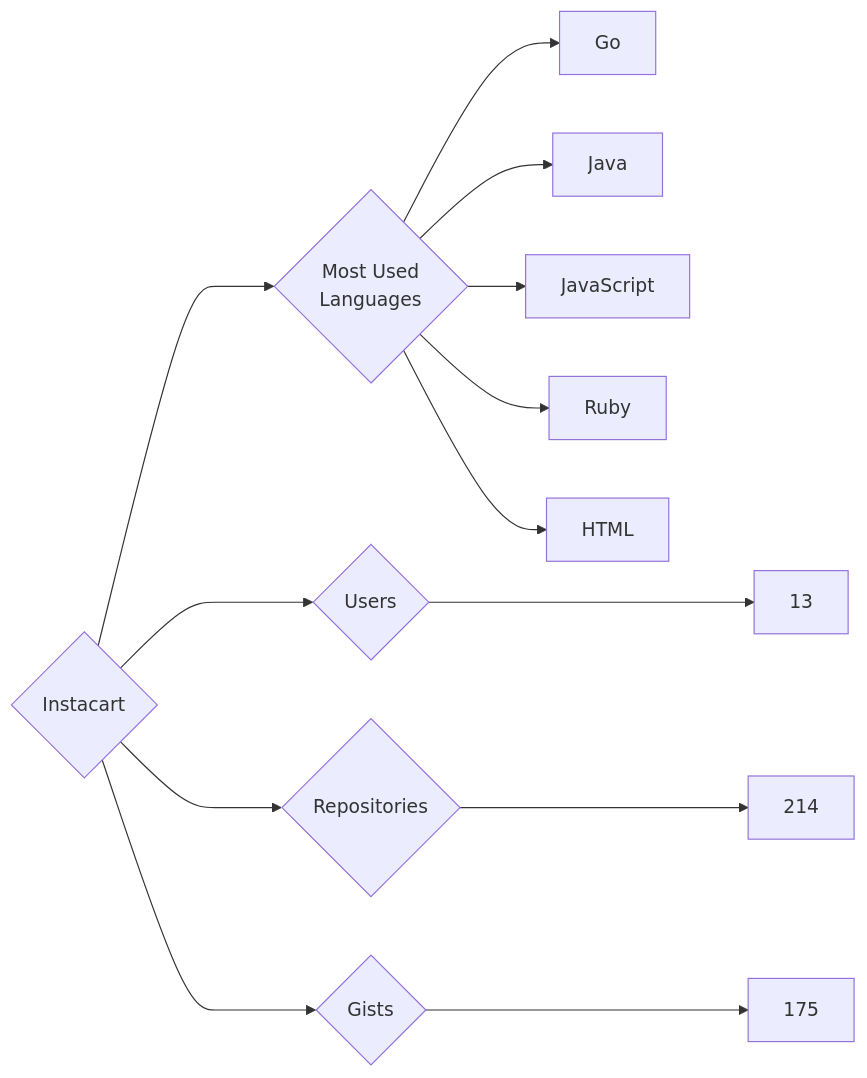
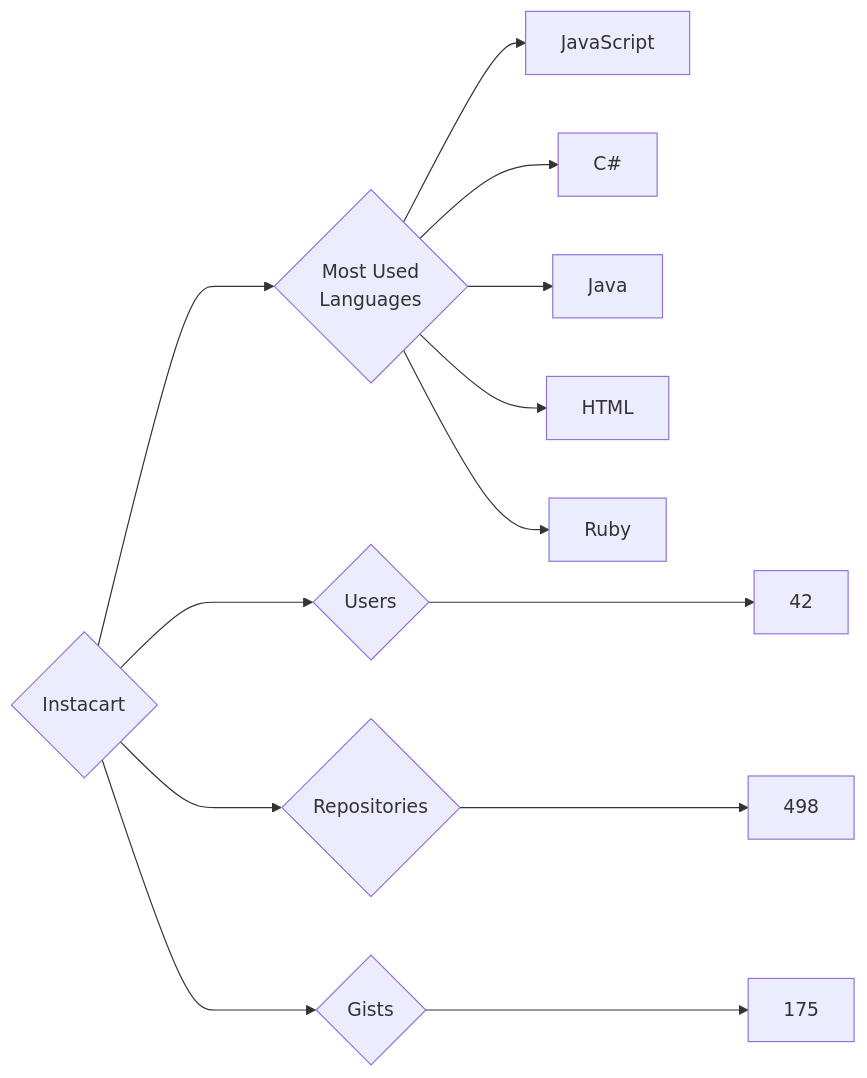
The diagram in targets/Instacart/README.md (trickest/insiders), drawn with Mermaid before and after one commit. The commit also changed 644 other files, not shown here.

````diff
--- a/targets/Instacart/README.md
+++ b/targets/Instacart/README.md
@@ -3,13 +3,13 @@
 ```mermaid
 graph LR
 COMPANY_NAME{Instacart}
-COMPANY_NAME ---> U{Users} ---> UN[13]
-COMPANY_NAME ---> R{Repositories} ---> RN[214]
+COMPANY_NAME ---> U{Users} ---> UN[42]
+COMPANY_NAME ---> R{Repositories} ---> RN[498]
 COMPANY_NAME ---> G{Gists} ---> GN[175]
 COMPANY_NAME ---> ML{Most Used<br>Languages}
-ML --> Go[Go]
+ML --> JavaScript[JavaScript]
+ML --> C#[C#]
 ML --> Java[Java]
-ML --> JavaScript[JavaScript]
+ML --> HTML[HTML]
 ML --> Ruby[Ruby]
-ML --> HTML[HTML]
 ```
````
